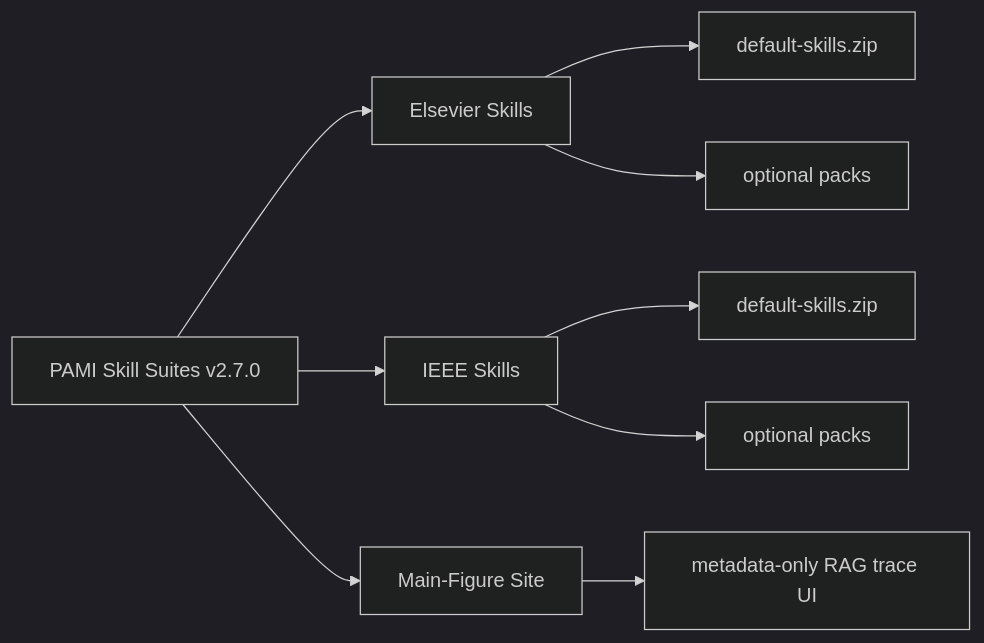
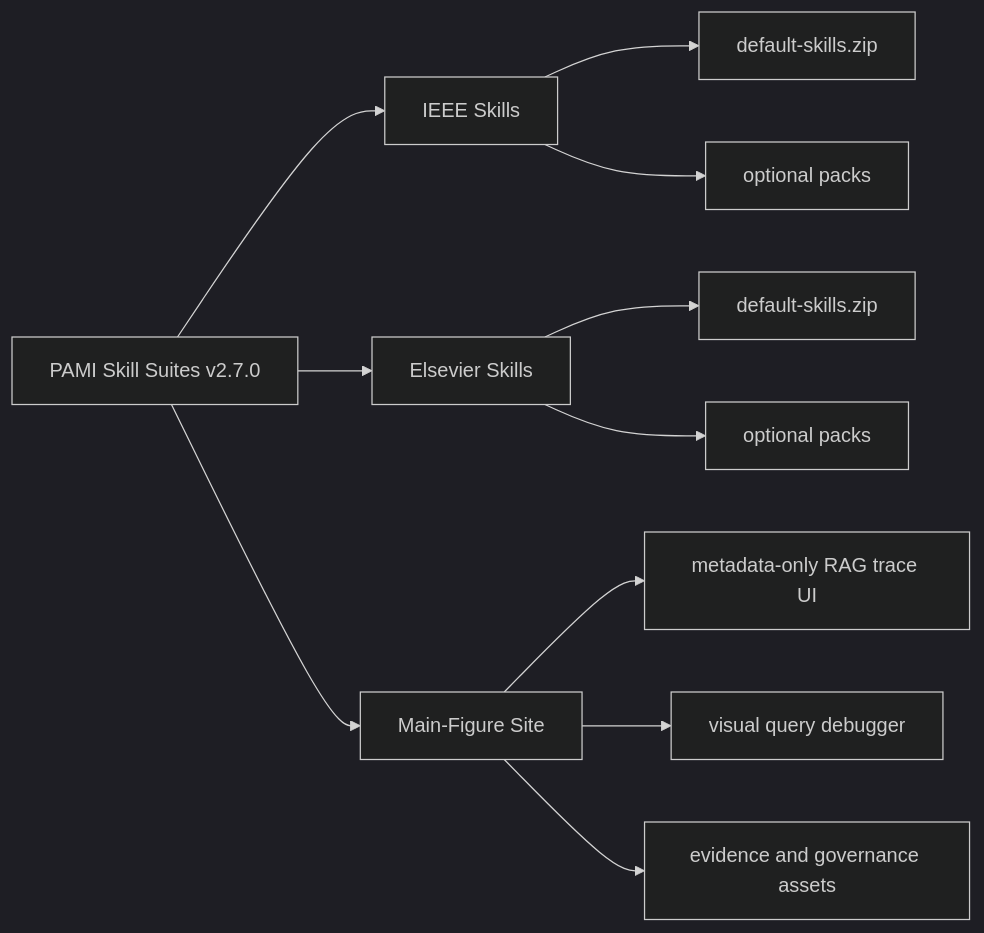
The diagram in README.md (Harzva/pami-skill-suites), drawn with Mermaid (dark theme) before and after one commit. The commit also changed other lines of this file and 12 other files, not shown here.

````diff
--- a/README.md
+++ b/README.md
@@ -48,11 +153,13 @@
 ```mermaid
 flowchart LR
-  A[PAMI Skill Suites v2.7.0] --> B[Elsevier Skills]
-  A --> C[IEEE Skills]
+  A[PAMI Skill Suites v2.7.0] --> B[IEEE Skills]
+  A --> C[Elsevier Skills]
   A --> D[Main-Figure Site]
-  B --> E[default-skills.zip]
-  C --> F[default-skills.zip]
-  B --> G[optional packs]
-  C --> H[optional packs]
-  D --> I[metadata-only RAG trace UI]
+  B --> B1[default-skills.zip]
+  C --> C1[default-skills.zip]
+  B --> B2[optional packs]
+  C --> C2[optional packs]
+  D --> D1[metadata-only RAG trace UI]
+  D --> D2[visual query debugger]
+  D --> D3[evidence and governance assets]
 ```
````
